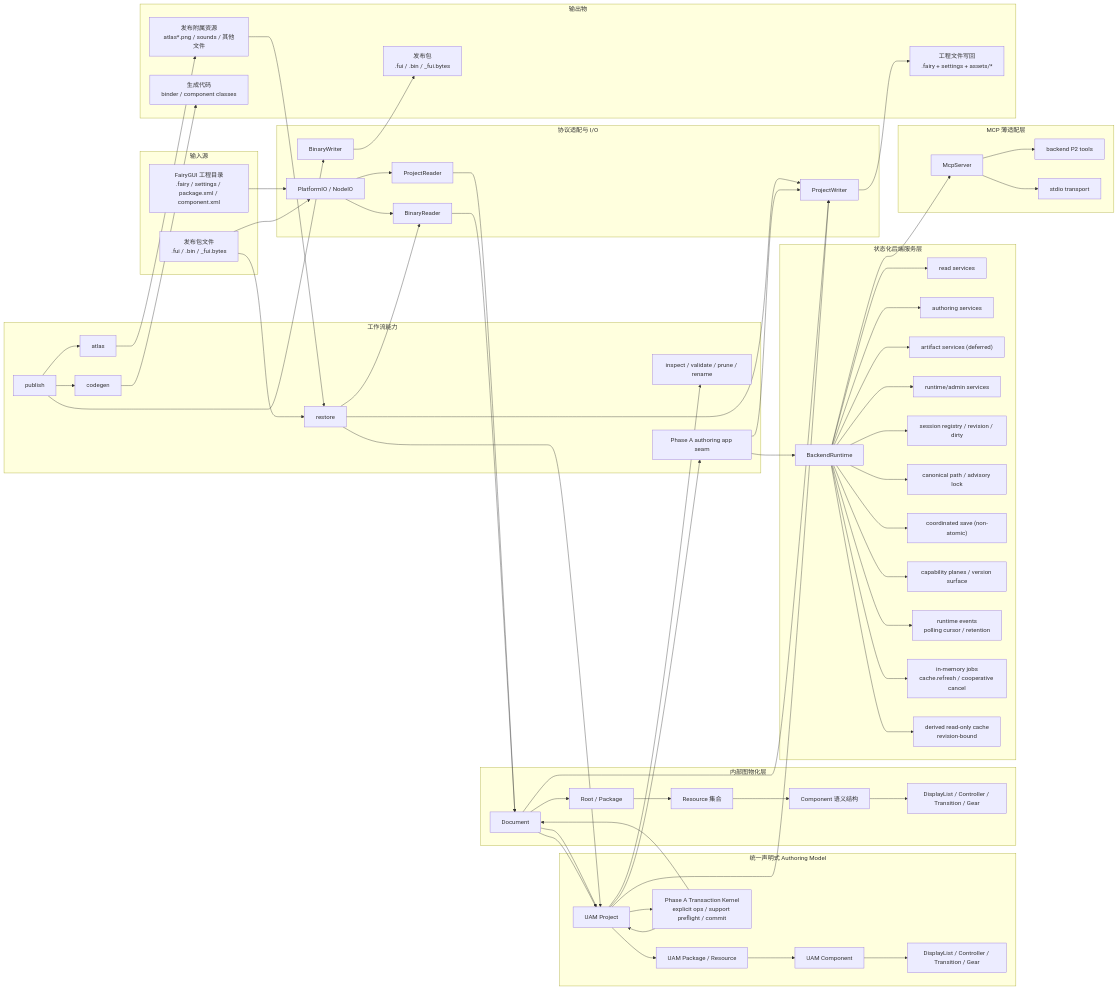
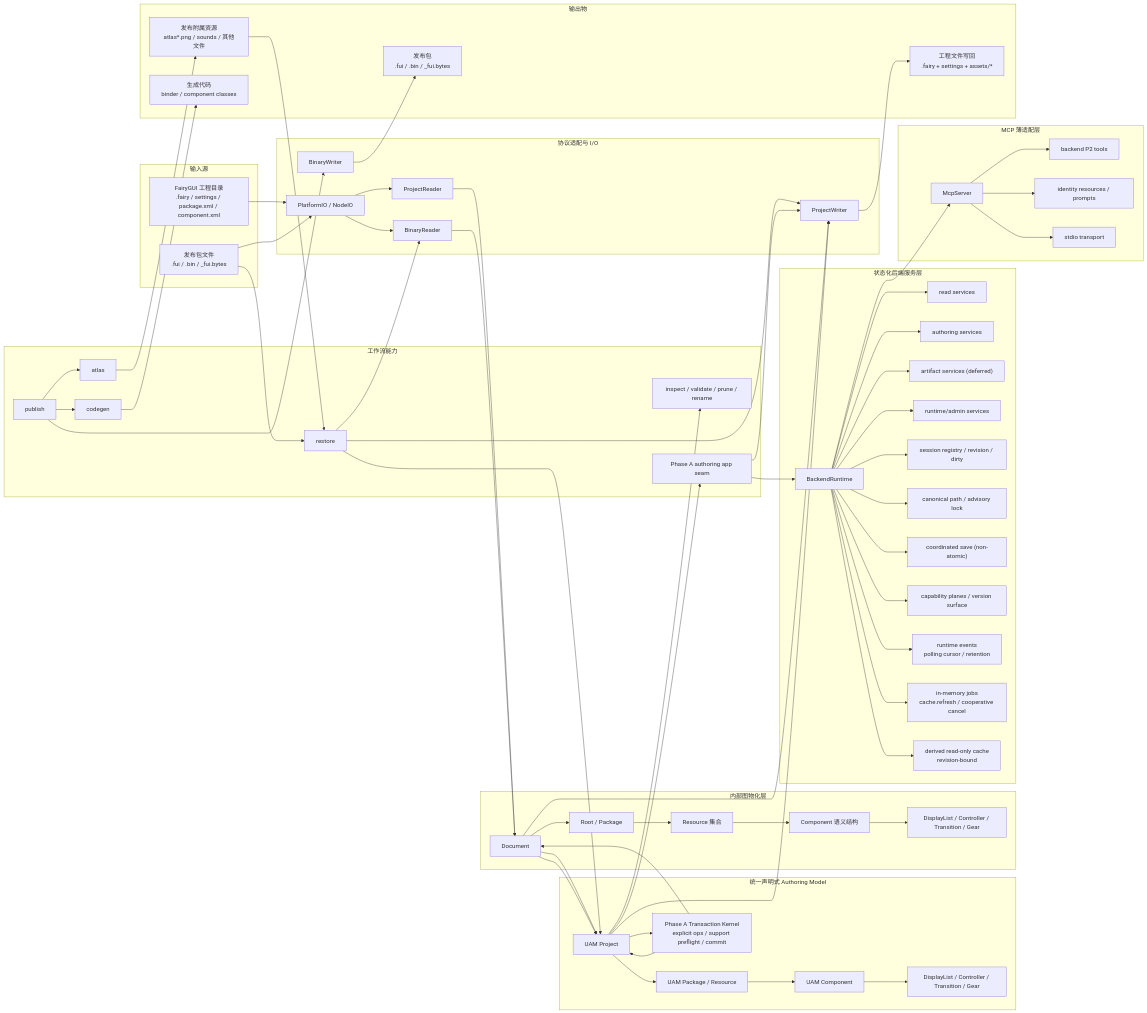
The first of 2 diagrams in docs/architecture-overview.md (OpenFairyGUI/OpenFairyGUI), drawn with Mermaid before and after one commit. The commit also changed other lines of this file and 16 other files, not shown here.

```diff
--- a/docs/architecture-overview.md
+++ b/docs/architecture-overview.md
@@ -67,6 +67,7 @@
     subgraph MCP["MCP 薄适配层"]
         MS["McpServer"]
         MT["backend P2 tools"]
+        MR["identity resources / prompts"]
         STDIO["stdio transport"]
     end
 
@@ -103,6 +104,7 @@
     RT --> CACHE
     RT --> MS
     MS --> MT
+    MS --> MR
     MS --> STDIO
     PUB --> ATLAS
     PUB --> BW
```
